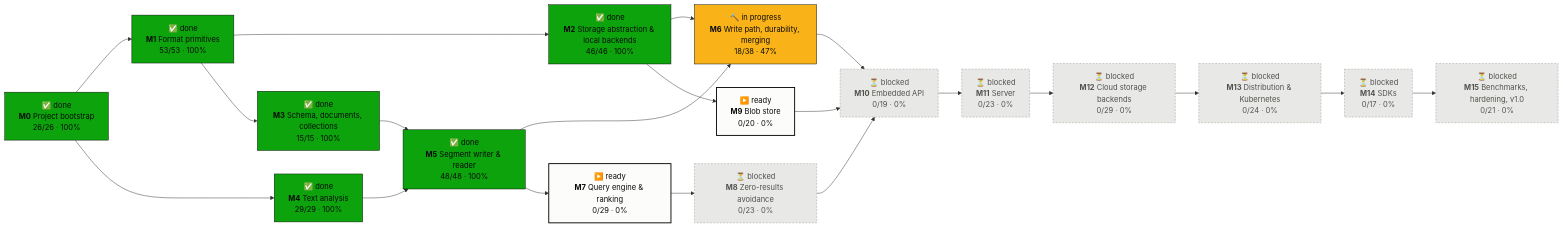
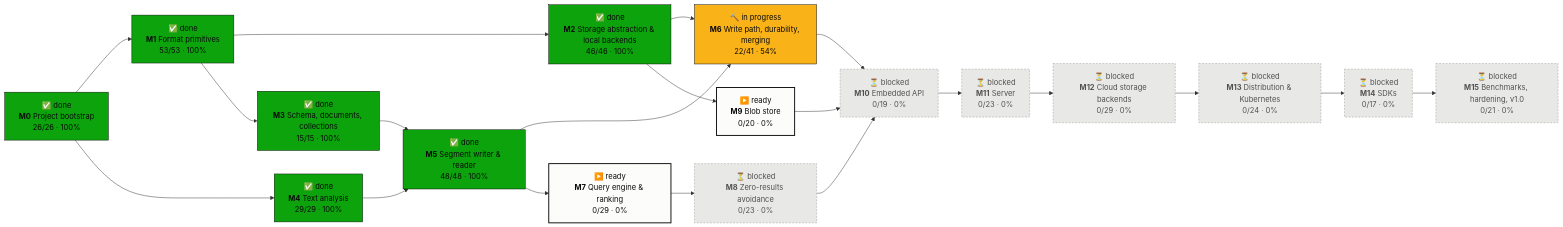
The first of 2 diagrams in PROGRESS.md (tomiok/persiaDB), drawn with Mermaid before and after one commit. The commit also changed other lines of this file and 33 other files, not shown here.

First line of the commit message:
Upserts and deletes across segments: lookup, tombstone sidecars, commit path (ROADMAP 6.4.1–6.4.4) (#40)

````diff
--- a/PROGRESS.md
+++ b/PROGRESS.md
@@ -16,42 +16,42 @@
 ```mermaid
 flowchart LR
   M0["✅ done<br/><b>M0</b> Project bootstrap<br/>26/26 · 100%"]:::done
   M1["✅ done<br/><b>M1</b> Format primitives<br/>53/53 · 100%"]:::done
   M2["✅ done<br/><b>M2</b> Storage abstraction & local backends<br/>46/46 · 100%"]:::done
   M3["✅ done<br/><b>M3</b> Schema, documents, collections<br/>15/15 · 100%"]:::done
   M4["✅ done<br/><b>M4</b> Text analysis<br/>29/29 · 100%"]:::done
   M5["✅ done<br/><b>M5</b> Segment writer & reader<br/>48/48 · 100%"]:::done
-  M6["🔨 in progress<br/><b>M6</b> Write path, durability, merging<br/>18/38 · 47%"]:::doing
+  M6["🔨 in progress<br/><b>M6</b> Write path, durability, merging<br/>22/41 · 54%"]:::doing
   M7["▶️ ready<br/><b>M7</b> Query engine & ranking<br/>0/29 · 0%"]:::ready
   M8["⏳ blocked<br/><b>M8</b> Zero-results avoidance<br/>0/23 · 0%"]:::blocked
   M9["▶️ ready<br/><b>M9</b> Blob store<br/>0/20 · 0%"]:::ready
   M10["⏳ blocked<br/><b>M10</b> Embedded API<br/>0/19 · 0%"]:::blocked
   M11["⏳ blocked<br/><b>M11</b> Server<br/>0/23 · 0%"]:::blocked
   M12["⏳ blocked<br/><b>M12</b> Cloud storage backends<br/>0/29 · 0%"]:::blocked
   M13["⏳ blocked<br/><b>M13</b> Distribution & Kubernetes<br/>0/24 · 0%"]:::blocked
   M14["⏳ blocked<br/><b>M14</b> SDKs<br/>0/17 · 0%"]:::blocked
   M15["⏳ blocked<br/><b>M15</b> Benchmarks, hardening, v1.0<br/>0/21 · 0%"]:::blocked
   M0 --> M1
   M1 --> M2
   M1 --> M3
   M0 --> M4
   M3 --> M5
   M4 --> M5
   M2 --> M6
   M5 --> M6
   M5 --> M7
   M7 --> M8
   M2 --> M9
   M6 --> M10
   M8 --> M10
   M9 --> M10
   M10 --> M11
   M11 --> M12
   M12 --> M13
   M13 --> M14
   M14 --> M15
   classDef done fill:#0ca30c,stroke:#0b0b0b,color:#0b0b0b
   classDef doing fill:#fab219,stroke:#0b0b0b,color:#0b0b0b
   classDef ready fill:#fcfcfb,stroke:#0b0b0b,stroke-width:2px,color:#0b0b0b
   classDef blocked fill:#e8e8e6,stroke:#9a9a96,stroke-dasharray:4 3,color:#52514e
 ```
````
